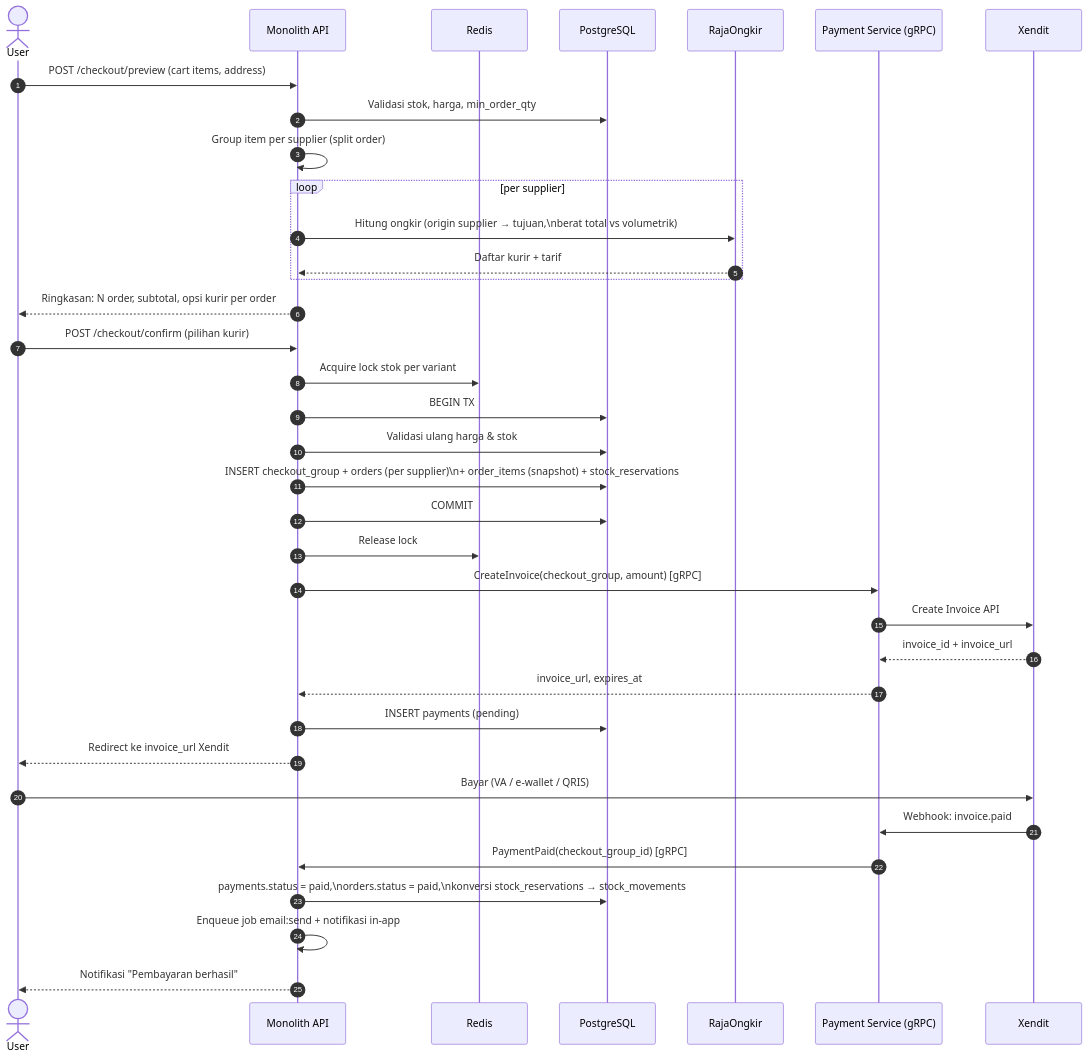
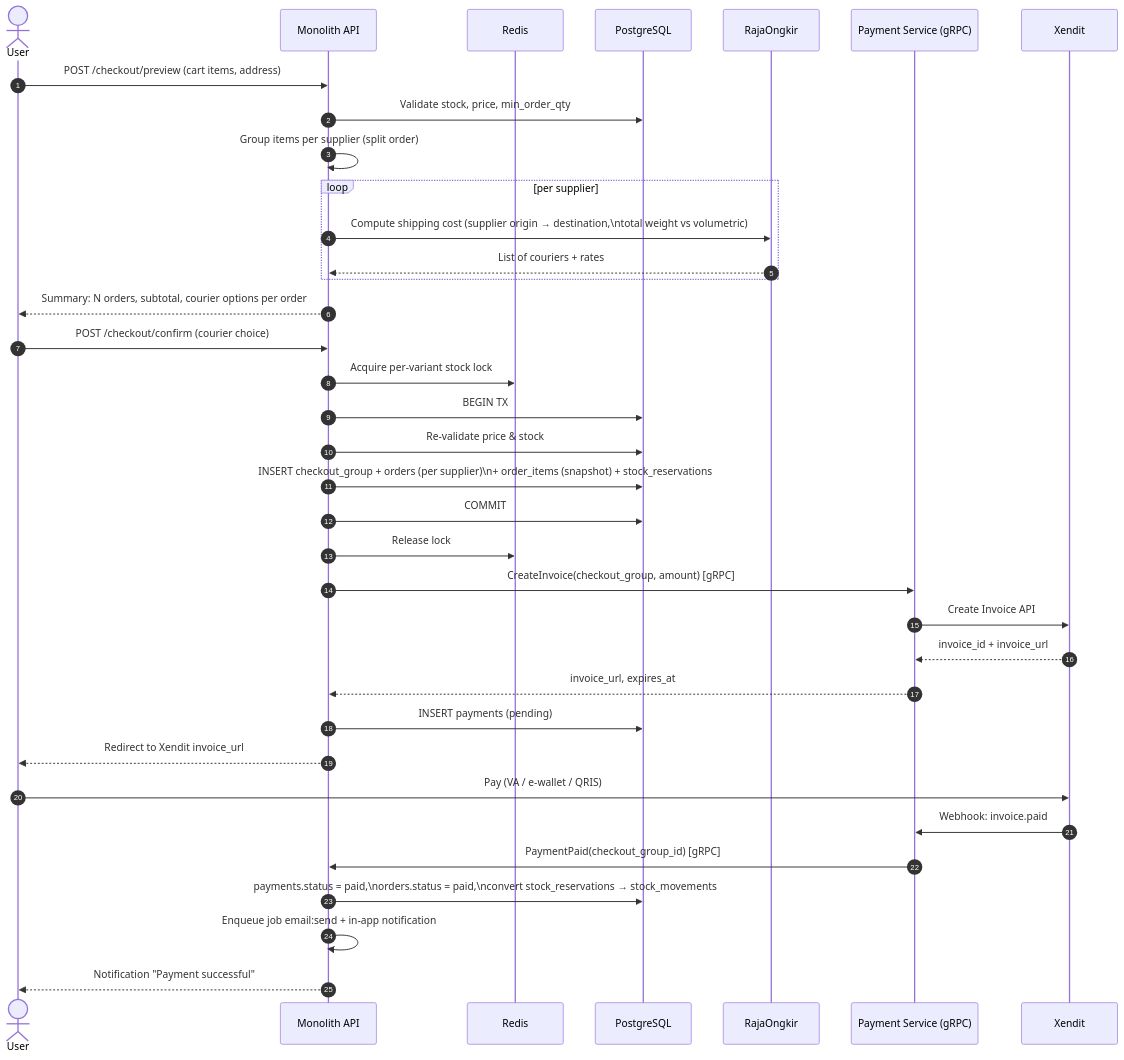
The sixth of 10 diagrams in docs/erd.md (erdinhrmwn/bangunin-project), drawn with Mermaid before and after one commit. The commit also changed other lines of this file and 2 other files, not shown here.

First line of the commit message:
docs: translate erd, requirements, struktur-project to English

````diff
--- a/docs/erd.md
+++ b/docs/erd.md
@@ -394,41 +394,41 @@
 ```mermaid
 sequenceDiagram
     autonumber
     actor U as User
     participant API as Monolith API
     participant RD as Redis
     participant DB as PostgreSQL
     participant RO as RajaOngkir
     participant PS as Payment Service (gRPC)
     participant XD as Xendit
 
     U->>API: POST /checkout/preview (cart items, address)
-    API->>DB: Validasi stok, harga, min_order_qty
-    API->>API: Group item per supplier (split order)
+    API->>DB: Validate stock, price, min_order_qty
+    API->>API: Group items per supplier (split order)
     loop per supplier
-        API->>RO: Hitung ongkir (origin supplier → tujuan,\nberat total vs volumetrik)
-        RO-->>API: Daftar kurir + tarif
+        API->>RO: Compute shipping cost (supplier origin → destination,\ntotal weight vs volumetric)
+        RO-->>API: List of couriers + rates
     end
-    API-->>U: Ringkasan: N order, subtotal, opsi kurir per order
+    API-->>U: Summary: N orders, subtotal, courier options per order
 
-    U->>API: POST /checkout/confirm (pilihan kurir)
-    API->>RD: Acquire lock stok per variant
+    U->>API: POST /checkout/confirm (courier choice)
+    API->>RD: Acquire per-variant stock lock
     API->>DB: BEGIN TX
-    API->>DB: Validasi ulang harga & stok
+    API->>DB: Re-validate price & stock
     API->>DB: INSERT checkout_group + orders (per supplier)\n+ order_items (snapshot) + stock_reservations
     API->>DB: COMMIT
     API->>RD: Release lock
     API->>PS: CreateInvoice(checkout_group, amount) [gRPC]
     PS->>XD: Create Invoice API
     XD-->>PS: invoice_id + invoice_url
     PS-->>API: invoice_url, expires_at
     API->>DB: INSERT payments (pending)
-    API-->>U: Redirect ke invoice_url Xendit
+    API-->>U: Redirect to Xendit invoice_url
 
-    U->>XD: Bayar (VA / e-wallet / QRIS)
+    U->>XD: Pay (VA / e-wallet / QRIS)
     XD->>PS: Webhook: invoice.paid
     PS->>API: PaymentPaid(checkout_group_id) [gRPC]
-    API->>DB: payments.status = paid,\norders.status = paid,\nkonversi stock_reservations → stock_movements
-    API->>API: Enqueue job email:send + notifikasi in-app
-    API-->>U: Notifikasi "Pembayaran berhasil"
+    API->>DB: payments.status = paid,\norders.status = paid,\nconvert stock_reservations → stock_movements
+    API->>API: Enqueue job email:send + in-app notification
+    API-->>U: Notification "Payment successful"
 ```
````
